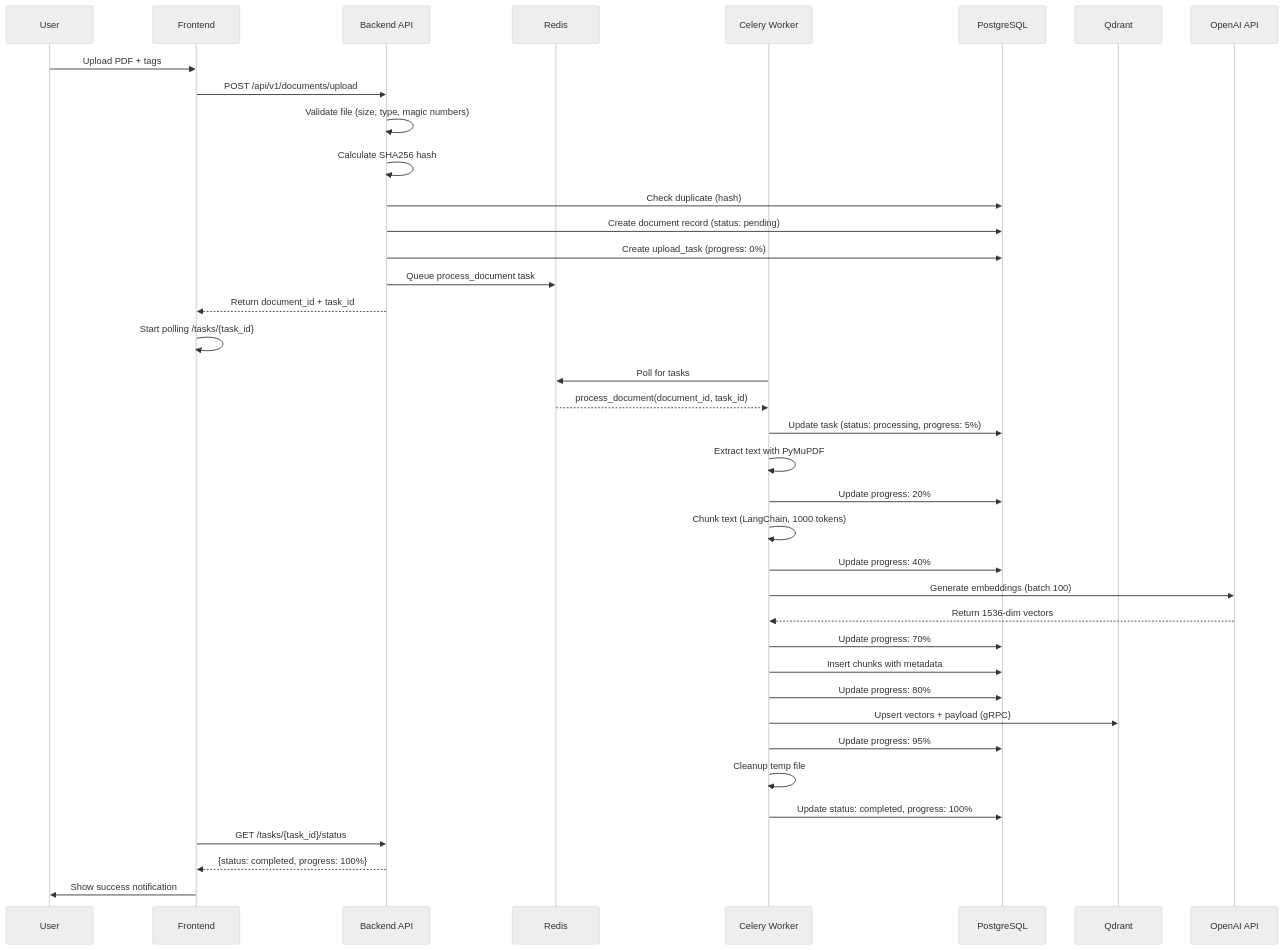
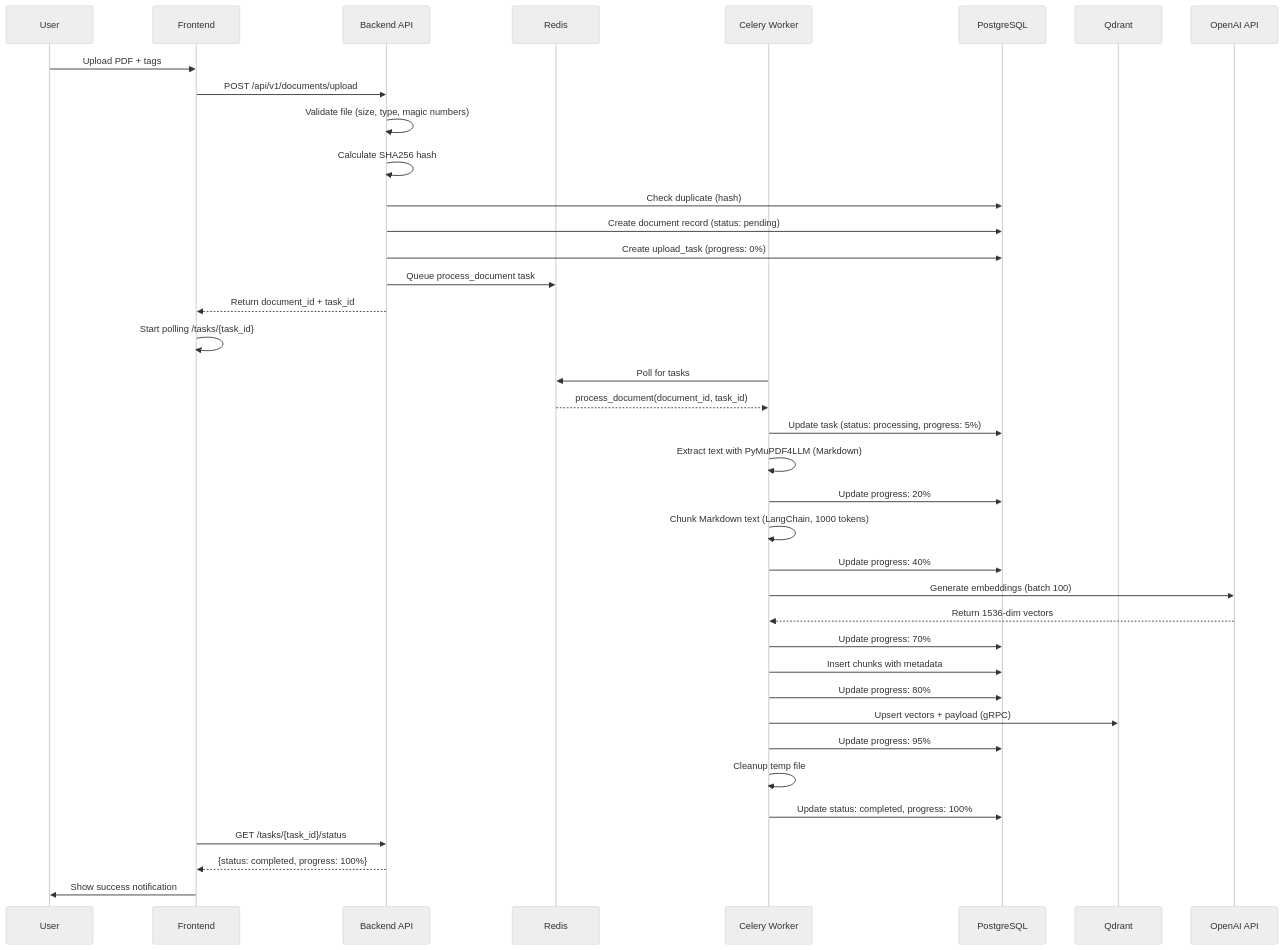
Before and after one commit to lele120/indigo: the second of 2 diagrams in README.md, drawn with Mermaid (neutral theme). The commit also changed other lines of this file and 21 other files, not shown here.

````diff
--- a/README.md
+++ b/README.md
@@ -72,43 +72,43 @@
 ```mermaid
 sequenceDiagram
     participant U as User
     participant F as Frontend
     participant B as Backend API
     participant R as Redis
     participant C as Celery Worker
     participant P as PostgreSQL
     participant Q as Qdrant
     participant O as OpenAI API
 
     U->>F: Upload PDF + tags
     F->>B: POST /api/v1/documents/upload
     B->>B: Validate file (size, type, magic numbers)
     B->>B: Calculate SHA256 hash
     B->>P: Check duplicate (hash)
     B->>P: Create document record (status: pending)
     B->>P: Create upload_task (progress: 0%)
     B->>R: Queue process_document task
     B-->>F: Return document_id + task_id
     F->>F: Start polling /tasks/{task_id}
 
     C->>R: Poll for tasks
     R-->>C: process_document(document_id, task_id)
     C->>P: Update task (status: processing, progress: 5%)
-    C->>C: Extract text with PyMuPDF
+    C->>C: Extract text with PyMuPDF4LLM (Markdown)
     C->>P: Update progress: 20%
-    C->>C: Chunk text (LangChain, 1000 tokens)
+    C->>C: Chunk Markdown text (LangChain, 1000 tokens)
     C->>P: Update progress: 40%
     C->>O: Generate embeddings (batch 100)
     O-->>C: Return 1536-dim vectors
     C->>P: Update progress: 70%
     C->>P: Insert chunks with metadata
     C->>P: Update progress: 80%
     C->>Q: Upsert vectors + payload (gRPC)
     C->>P: Update progress: 95%
     C->>C: Cleanup temp file
     C->>P: Update status: completed, progress: 100%
 
     F->>B: GET /tasks/{task_id}/status
     B-->>F: {status: completed, progress: 100%}
     F->>U: Show success notification
 ```
````
